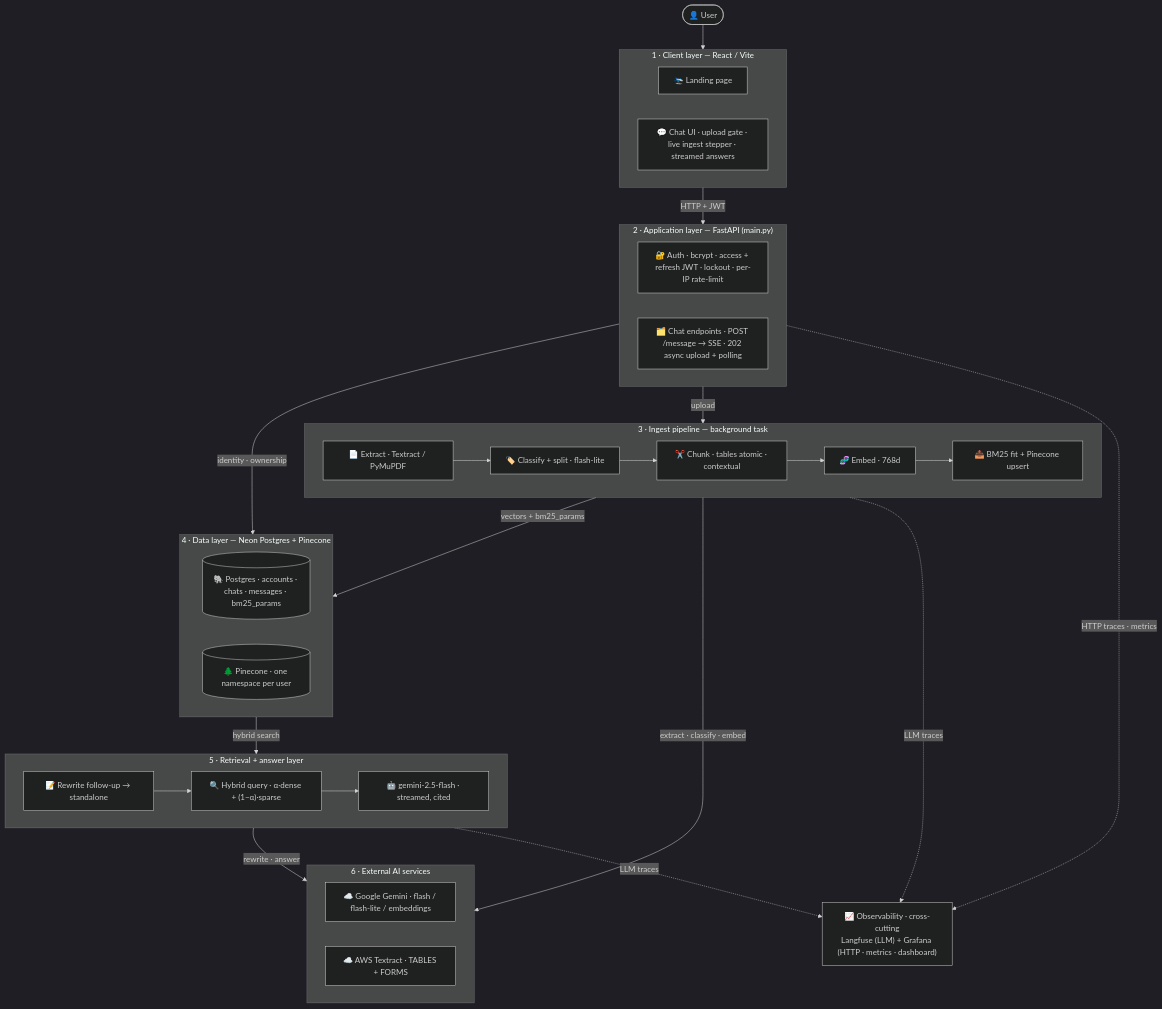
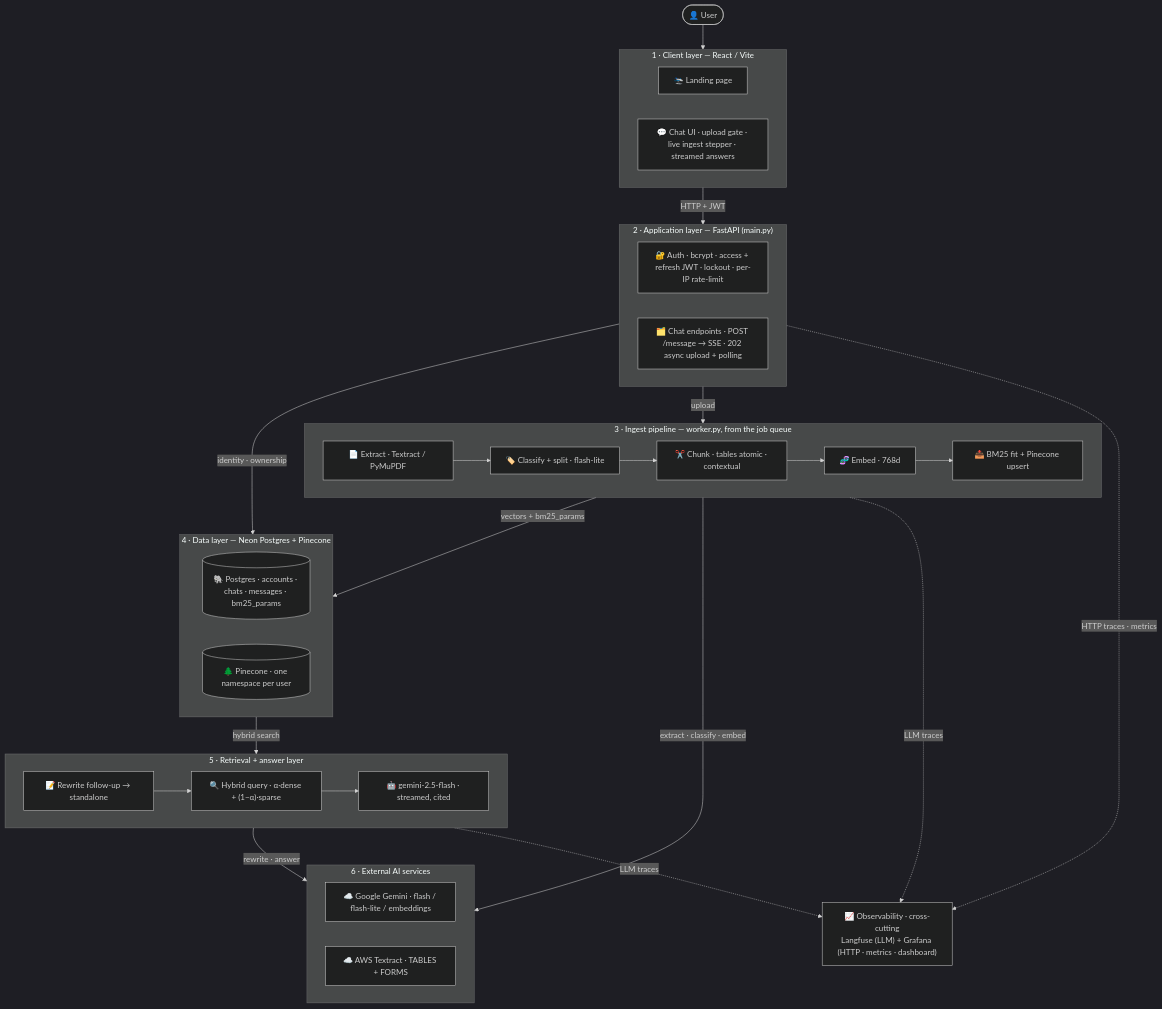
The diagram in README.md (VIVPM/document-retrieval-system), drawn with Mermaid (dark theme) before and after one commit. The commit also changed other lines of this file, not shown here.

First line of the commit message:
docs: describe ingestion as queued, not a background task

````diff
--- a/README.md
+++ b/README.md
@@ -33,48 +33,48 @@
 ```mermaid
 graph TD
     User(["👤 User"])
 
     subgraph CLIENT ["1 · Client layer — React / Vite"]
         Land["🛬 Landing page"]
         UI["💬 Chat UI · upload gate · live ingest stepper · streamed answers"]
     end
 
     subgraph APP ["2 · Application layer — FastAPI (main.py)"]
         Auth["🔐 Auth · bcrypt · access + refresh JWT · lockout · per-IP rate-limit"]
         REST["🗂️ Chat endpoints · POST /message → SSE · 202 async upload + polling"]
     end
 
-    subgraph INGEST ["3 · Ingest pipeline — background task"]
+    subgraph INGEST ["3 · Ingest pipeline — worker.py, from the job queue"]
         direction LR
         Ext["📄 Extract · Textract / PyMuPDF"] --> Split["🏷️ Classify + split · flash-lite"] --> Chunk["✂️ Chunk · tables atomic · contextual"] --> Emb["🧬 Embed · 768d"] --> Up["📤 BM25 fit + Pinecone upsert"]
     end
 
     subgraph DATA ["4 · Data layer — Neon Postgres + Pinecone"]
         PG[("🐘 Postgres · accounts · chats · messages · bm25_params")]
         Pine[("🌲 Pinecone · one namespace per user")]
     end
 
     subgraph QUERY ["5 · Retrieval + answer layer"]
         direction LR
         RW["📝 Rewrite follow-up → standalone"] --> Hyb["🔍 Hybrid query · α·dense + (1−α)·sparse"] --> Ans["🤖 gemini-2.5-flash · streamed, cited"]
     end
 
     subgraph EXT ["6 · External AI services"]
         Gem["☁️ Google Gemini · flash / flash-lite / embeddings"]
         Tex["☁️ AWS Textract · TABLES + FORMS"]
     end
 
     OBS["📈 Observability · cross-cutting<br>Langfuse (LLM) + Grafana (HTTP · metrics · dashboard)"]
 
     User --> CLIENT
     CLIENT -->|HTTP + JWT| APP
     APP -->|identity · ownership| DATA
     APP -->|upload| INGEST
     INGEST -->|vectors + bm25_params| DATA
     DATA -->|hybrid search| QUERY
     INGEST -->|extract · classify · embed| EXT
     QUERY -->|rewrite · answer| EXT
     APP -.->|HTTP traces · metrics| OBS
     INGEST -.->|LLM traces| OBS
     QUERY -.->|LLM traces| OBS
 ```
````
